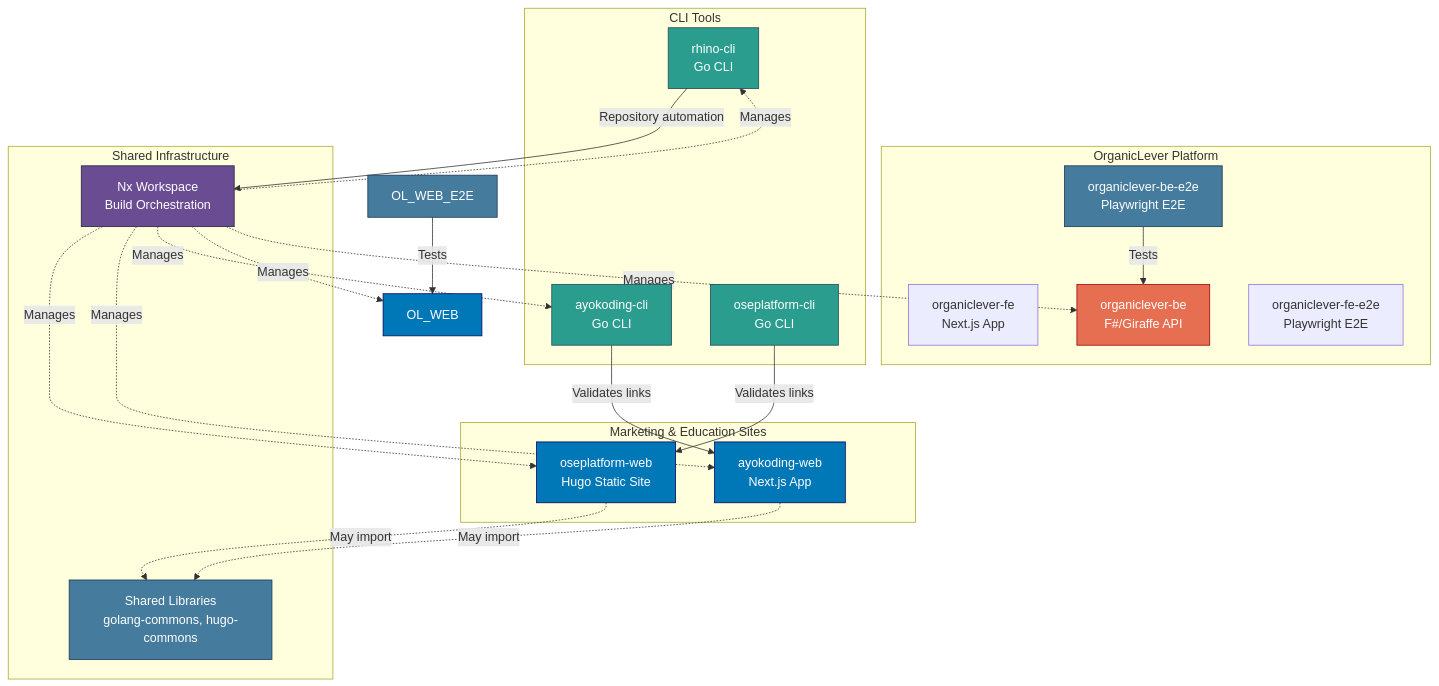
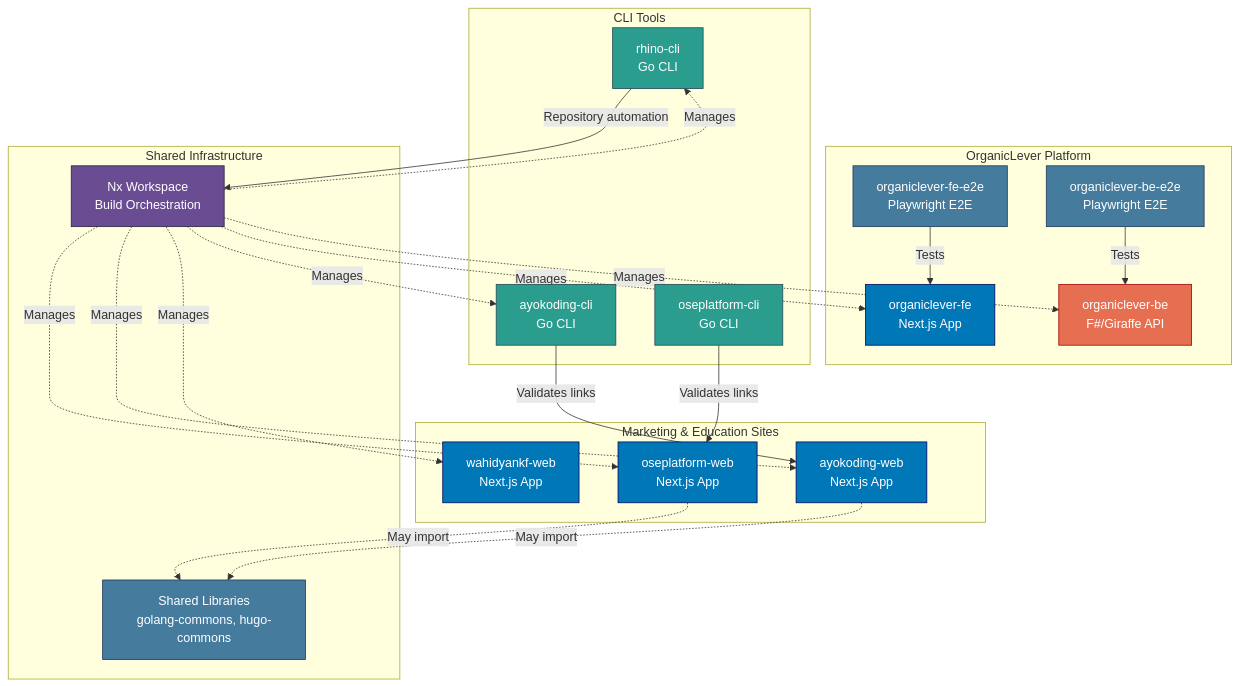
The diagram in docs/reference/system-architecture/applications.md (wahidyankf/open-sharia-enterprise), drawn with Mermaid before and after one commit. The commit also changed other lines of this file and 67 other files, not shown here.

````diff
--- a/docs/reference/system-architecture/applications.md
+++ b/docs/reference/system-architecture/applications.md
@@ -129,53 +173,56 @@
 ```mermaid
 graph TB
     subgraph "Marketing & Education Sites"
-        OSE[oseplatform-web<br/>Hugo Static Site]
+        OSE[oseplatform-web<br/>Next.js App]
         AYO[ayokoding-web<br/>Next.js App]
+        WKF[wahidyankf-web<br/>Next.js App]
     end
 
     subgraph "OrganicLever Platform"
         OL_FE[organiclever-fe<br/>Next.js App]
         OL_BE[organiclever-be<br/>F#/Giraffe API]
         OL_FE_E2E[organiclever-fe-e2e<br/>Playwright E2E]
         OL_BE_E2E[organiclever-be-e2e<br/>Playwright E2E]
     end
 
     subgraph "CLI Tools"
         AYOCLI[ayokoding-cli<br/>Go CLI]
         RHINO[rhino-cli<br/>Go CLI]
         OSECLI[oseplatform-cli<br/>Go CLI]
     end
 
     subgraph "Shared Infrastructure"
         NX[Nx Workspace<br/>Build Orchestration]
         LIBS[Shared Libraries<br/>golang-commons, hugo-commons]
     end
 
     AYOCLI -->|Validates links| AYO
     RHINO -->|Repository automation| NX
     OSECLI -->|Validates links| OSE
-    OL_WEB_E2E -->|Tests| OL_WEB
+    OL_FE_E2E -->|Tests| OL_FE
     OL_BE_E2E -->|Tests| OL_BE
 
     NX -.->|Manages| OSE
     NX -.->|Manages| AYO
+    NX -.->|Manages| WKF
     NX -.->|Manages| AYOCLI
     NX -.->|Manages| RHINO
-    NX -.->|Manages| OL_WEB
+    NX -.->|Manages| OL_FE
     NX -.->|Manages| OL_BE
 
     OSE -.->|May import| LIBS
     AYO -.->|May import| LIBS
 
     style OSE fill:#0077b6,stroke:#03045e,color:#ffffff
     style AYO fill:#0077b6,stroke:#03045e,color:#ffffff
-    style OL_WEB fill:#0077b6,stroke:#03045e,color:#ffffff
+    style WKF fill:#0077b6,stroke:#03045e,color:#ffffff
+    style OL_FE fill:#0077b6,stroke:#03045e,color:#ffffff
     style OL_BE fill:#e76f51,stroke:#9d0208,color:#ffffff
-    style OL_WEB_E2E fill:#457b9d,stroke:#1d3557,color:#ffffff
+    style OL_FE_E2E fill:#457b9d,stroke:#1d3557,color:#ffffff
     style OL_BE_E2E fill:#457b9d,stroke:#1d3557,color:#ffffff
     style AYOCLI fill:#2a9d8f,stroke:#264653,color:#ffffff
     style RHINO fill:#2a9d8f,stroke:#264653,color:#ffffff
     style OSECLI fill:#2a9d8f,stroke:#264653,color:#ffffff
     style NX fill:#6a4c93,stroke:#22223b,color:#ffffff
     style LIBS fill:#457b9d,stroke:#1d3557,color:#ffffff
 ```
````
